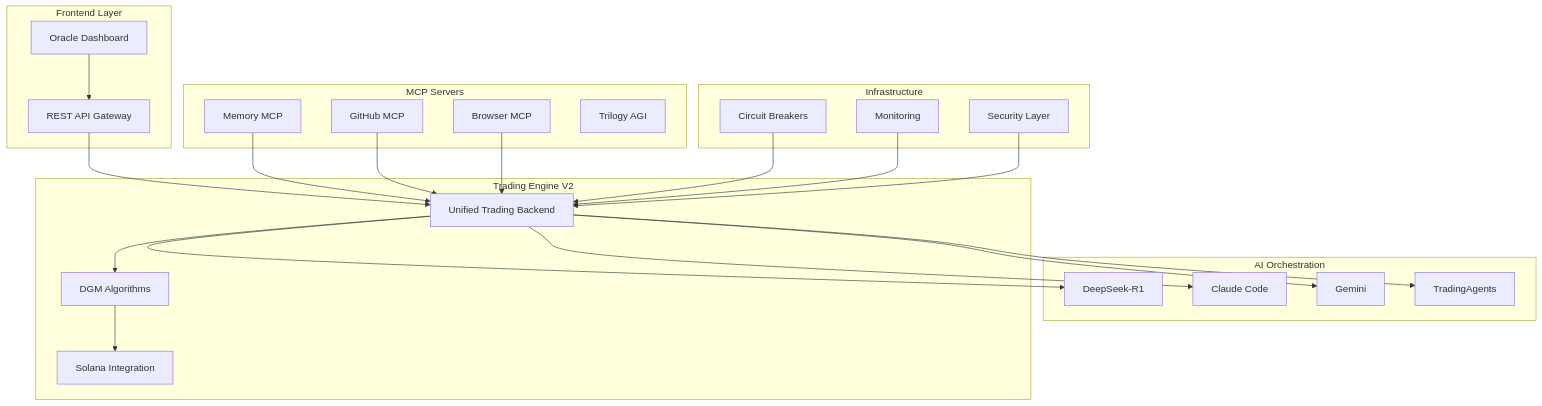
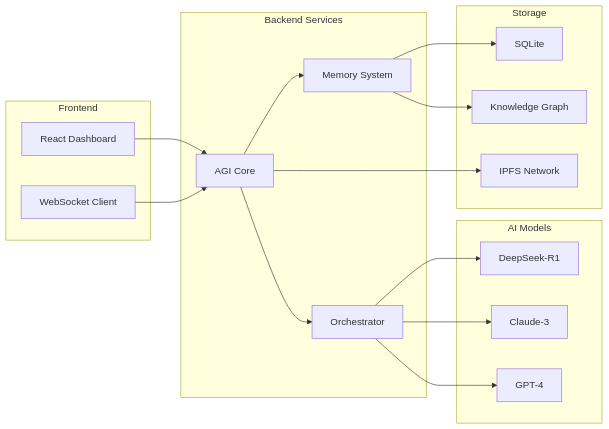
One commit to MCPVOT/mcpvotsagi changed the second of 2 diagrams in README.md. Above: the diagram before and after it, drawn with Mermaid. The commit also changed other lines of this file and 112 other files, not shown here.

````diff
--- a/README.md
+++ b/README.md
@@ -83,40 +96,36 @@
 ```mermaid
-graph TB
-    subgraph "Frontend Layer"
-        UI[Oracle Dashboard]
-        API[REST API Gateway]
+graph LR
+    subgraph "Frontend"
+        UI[React Dashboard]
+        WS[WebSocket Client]
     end
 
-    subgraph "AI Orchestration"
-        DS[DeepSeek-R1]
-        CC[Claude Code]
-        GM[Gemini]
-        TA[TradingAgents]
+    subgraph "Backend Services"
+        AGI[AGI Core]
+        ORCH[Orchestrator]
+        MEM[Memory System]
     end
 
-    subgraph "Trading Engine V2"
-        UTB[Unified Trading Backend]
-        DGM[DGM Algorithms]
-        SOL[Solana Integration]
+    subgraph "AI Models"
+        DS[DeepSeek-R1]
+        CL[Claude-3]
+        GPT[GPT-4]
     end
 
-    subgraph "MCP Servers"
-        MEM[Memory MCP]
-        GIT[GitHub MCP]
-        BRW[Browser MCP]
-        TRI[Trilogy AGI]
+    subgraph "Storage"
+        SQL[SQLite]
+        KG[Knowledge Graph]
+        IPFS[IPFS Network]
     end
 
-    subgraph "Infrastructure"
-        CB[Circuit Breakers]
-        MON[Monitoring]
-        SEC[Security Layer]
-    end
-
-    UI --> API
-    API --> UTB
-    UTB --> DS & CC & GM & TA
-    UTB --> DGM --> SOL
-    MEM & GIT & BRW --> UTB
-    CB & MON & SEC --> UTB
+    UI --> AGI
+    WS --> AGI
+    AGI --> ORCH
+    ORCH --> DS
+    ORCH --> CL
+    ORCH --> GPT
+    AGI --> MEM
+    MEM --> SQL
+    MEM --> KG
+    AGI --> IPFS
 ```
````
